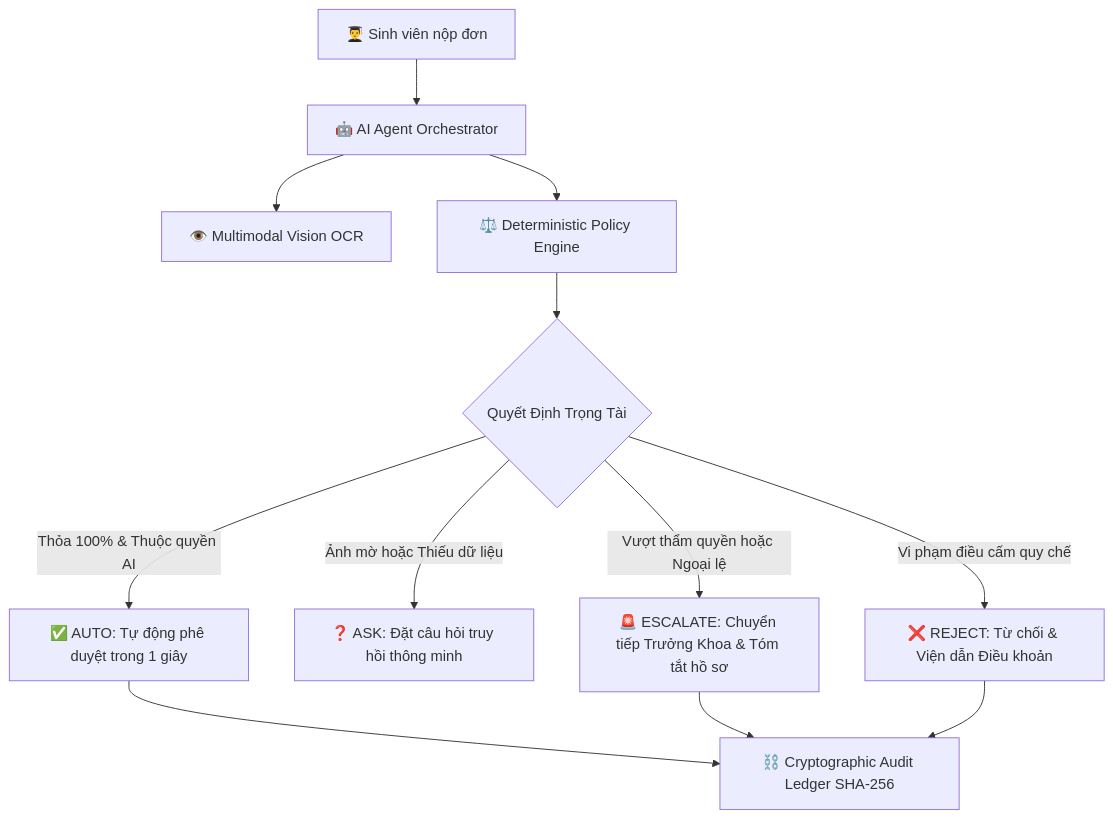
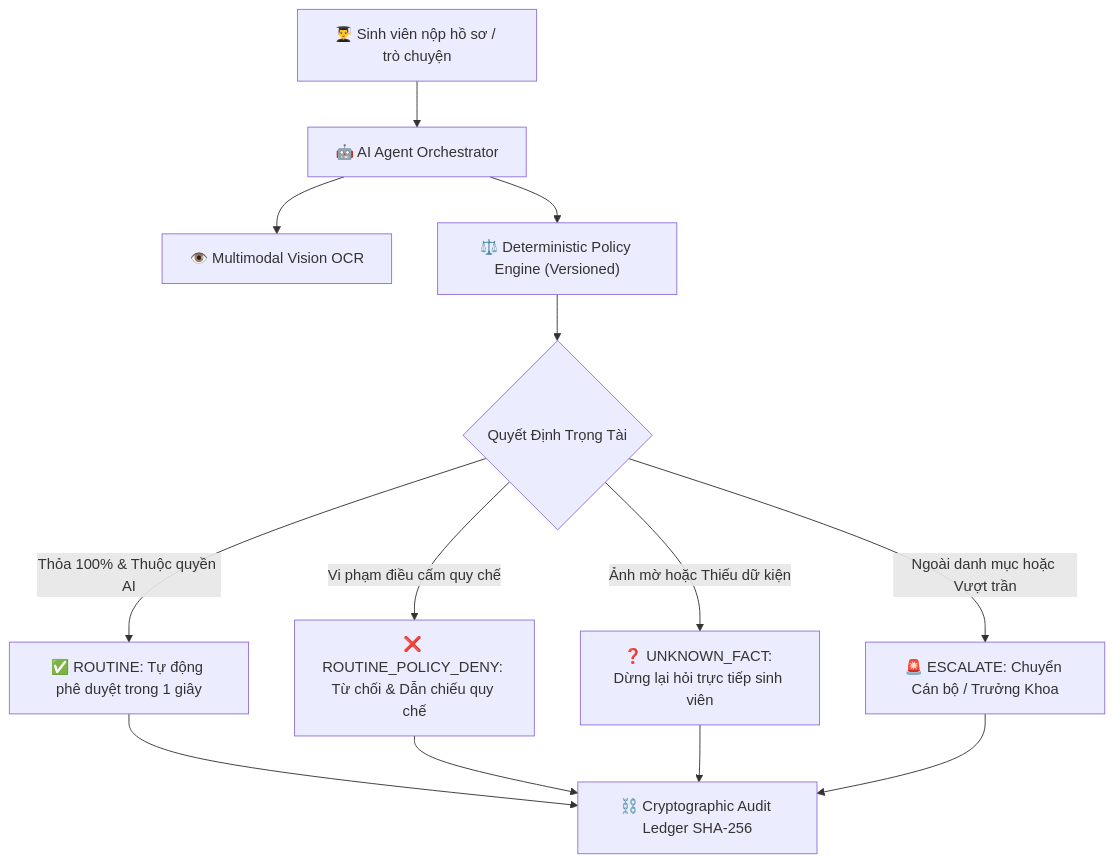
The first of 3 diagrams in README.md (HuuNhan-147/EduRef_AI_Agent), drawn with Mermaid before and after one commit. The commit also changed other lines of this file, not shown here.

````diff
--- a/README.md
+++ b/README.md
@@ -49,16 +52,17 @@
 ```mermaid
 graph TD
-    User["👨‍🎓 Sinh viên nộp đơn"] --> Agent["🤖 AI Agent Orchestrator"]
+    User["👨‍🎓 Sinh viên nộp hồ sơ / trò chuyện"] --> Agent["🤖 AI Agent Orchestrator"]
     Agent --> Vision["👁️ Multimodal Vision OCR"]
-    Agent --> Policy["⚖️ Deterministic Policy Engine"]
+    Agent --> Policy["⚖️ Deterministic Policy Engine (Versioned)"]
     
     Policy --> Decisions{"Quyết Định Trọng Tài"}
-    Decisions -->|"Thỏa 100% & Thuộc quyền AI"| AUTO["✅ AUTO: Tự động phê duyệt trong 1 giây"]
-    Decisions -->|"Ảnh mờ hoặc Thiếu dữ liệu"| ASK["❓ ASK: Đặt câu hỏi truy hồi thông minh"]
-    Decisions -->|"Vượt thẩm quyền hoặc Ngoại lệ"| ESCALATE["🚨 ESCALATE: Chuyển tiếp Trưởng Khoa & Tóm tắt hồ sơ"]
-    Decisions -->|"Vi phạm điều cấm quy chế"| REJECT["❌ REJECT: Từ chối & Viện dẫn Điều khoản"]
+    Decisions -->|"Thỏa 100% & Thuộc quyền AI"| AUTO["✅ ROUTINE: Tự động phê duyệt trong 1 giây"]
+    Decisions -->|"Ảnh mờ hoặc Thiếu dữ kiện"| ASK["❓ UNKNOWN_FACT: Dừng lại hỏi trực tiếp sinh viên"]
+    Decisions -->|"Vi phạm điều cấm quy chế"| REJECT["❌ ROUTINE_POLICY_DENY: Từ chối & Dẫn chiếu quy chế"]
+    Decisions -->|"Ngoài danh mục hoặc Vượt trần"| ESCALATE["🚨 ESCALATE: Chuyển Cán bộ / Trưởng Khoa"]
     
     AUTO --> Audit["⛓️ Cryptographic Audit Ledger SHA-256"]
+    REJECT --> Audit
+    ASK --> Audit
     ESCALATE --> Audit
-    REJECT --> Audit
 ```
````
